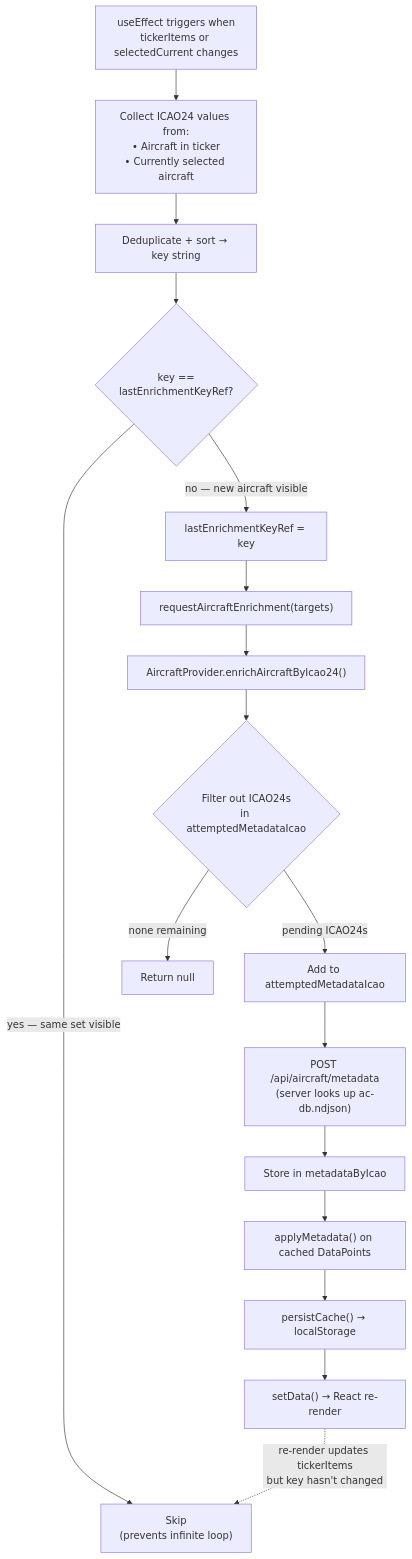
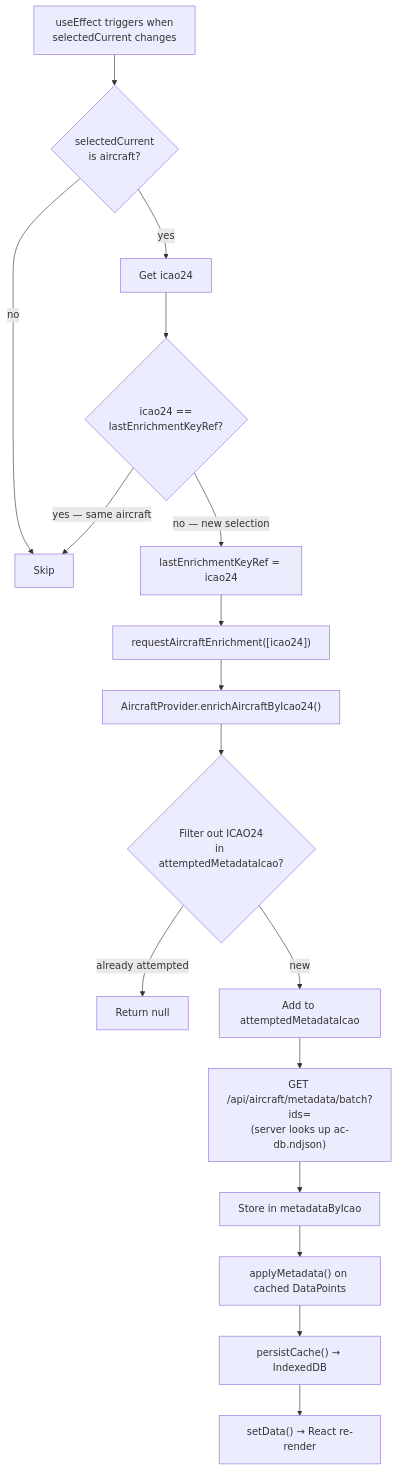
Diagram 11 of 14 in docs/architecture.md (iiTONELOC/sigint), drawn with Mermaid before and after one commit. The commit also changed other lines of this file and 39 other files, not shown here.

````diff
--- a/docs/architecture.md
+++ b/docs/architecture.md
@@ -499,22 +541,21 @@
 ```mermaid
 flowchart TD
-    Trigger["useEffect triggers when<br/>tickerItems or selectedCurrent changes"]
-    Trigger --> Collect["Collect ICAO24 values from:<br/>• Aircraft in ticker<br/>• Currently selected aircraft"]
-    Collect --> Dedup["Deduplicate + sort → key string"]
-    Dedup --> KeyCheck{"key ==<br/>lastEnrichmentKeyRef?"}
-    KeyCheck -->|"yes — same set visible"| NoOp["Skip<br/>(prevents infinite loop)"]
-    KeyCheck -->|"no — new aircraft visible"| UpdateKey["lastEnrichmentKeyRef = key"]
-    UpdateKey --> Call["requestAircraftEnrichment(targets)"]
+    Trigger["useEffect triggers when<br/>selectedCurrent changes"]
+    Trigger --> Check{"selectedCurrent<br/>is aircraft?"}
+    Check -->|"no"| NoOp["Skip"]
+    Check -->|"yes"| GetIcao["Get icao24"]
+    GetIcao --> KeyCheck{"icao24 ==<br/>lastEnrichmentKeyRef?"}
+    KeyCheck -->|"yes — same aircraft"| NoOp
+    KeyCheck -->|"no — new selection"| UpdateKey["lastEnrichmentKeyRef = icao24"]
+    UpdateKey --> Call["requestAircraftEnrichment([icao24])"]
     Call --> ProviderEnrich["AircraftProvider.enrichAircraftByIcao24()"]
 
-    ProviderEnrich --> FilterAttempted{"Filter out ICAO24s<br/>in attemptedMetadataIcao"}
-    FilterAttempted -->|"none remaining"| ReturnNull["Return null"]
-    FilterAttempted -->|"pending ICAO24s"| MarkAttempted["Add to attemptedMetadataIcao"]
-    MarkAttempted --> ServerPost["POST /api/aircraft/metadata<br/>(server looks up ac-db.ndjson)"]
-    ServerPost --> StoreResults["Store in metadataByIcao"]
+    ProviderEnrich --> FilterAttempted{"Filter out ICAO24<br/>in attemptedMetadataIcao?"}
+    FilterAttempted -->|"already attempted"| ReturnNull["Return null"]
+    FilterAttempted -->|"new"| MarkAttempted["Add to attemptedMetadataIcao"]
+    MarkAttempted --> ServerGet["GET /api/aircraft/metadata/batch?ids=<br/>(server looks up ac-db.ndjson)"]
+    ServerGet --> StoreResults["Store in metadataByIcao"]
     StoreResults --> ReApply["applyMetadata() on cached DataPoints"]
-    ReApply --> RePersist["persistCache() → localStorage"]
+    ReApply --> RePersist["persistCache() → IndexedDB"]
     RePersist --> SetData["setData() → React re-render"]
-
-    SetData -.->|"re-render updates tickerItems<br/>but key hasn't changed"| NoOp
 ```
````
